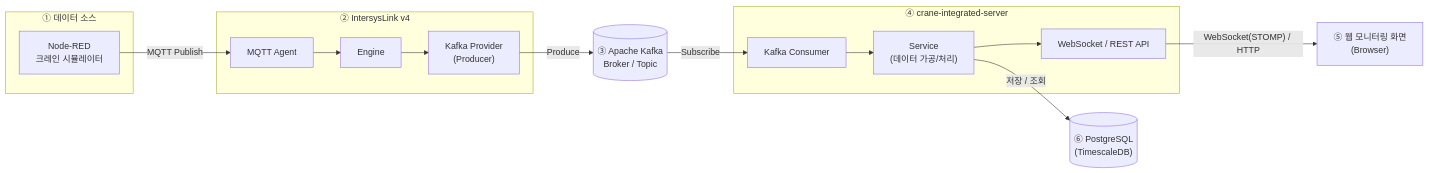
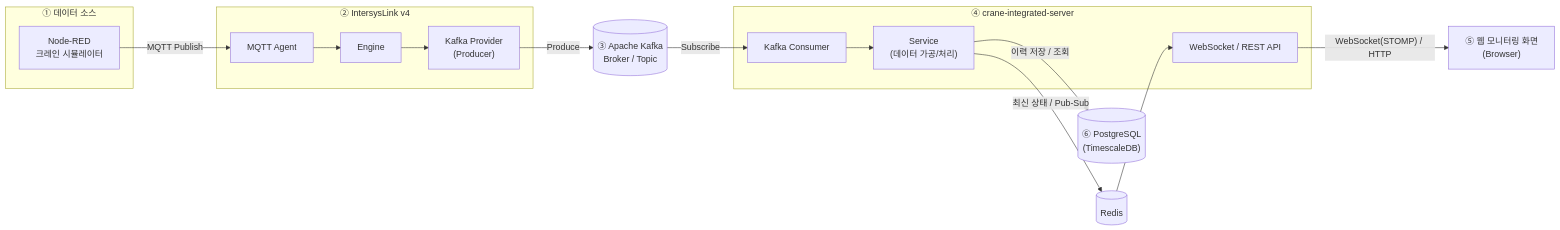
The diagram in README.md (2022024-JJM/crane-integrated-server), drawn with Mermaid before and after one commit. The commit also changed other lines of this file and 85 other files, not shown here.

````diff
--- a/README.md
+++ b/README.md
@@ -7,29 +7,31 @@
 ```mermaid
 flowchart LR
     subgraph SRC["① 데이터 소스"]
         NR["Node-RED<br/>크레인 시뮬레이터"]
     end
     subgraph ISL["② IntersysLink v4"]
         MA["MQTT Agent"]
         ENG["Engine"]
         KP["Kafka Provider<br/>(Producer)"]
     end
     KAFKA[("③ Apache Kafka<br/>Broker / Topic")]
     subgraph SRV["④ crane-integrated-server"]
         KC["Kafka Consumer"]
         SVC["Service<br/>(데이터 가공/처리)"]
         API["WebSocket / REST API"]
     end
     WEB["⑤ 웹 모니터링 화면<br/>(Browser)"]
     DB[("⑥ PostgreSQL<br/>(TimescaleDB)")]
+    REDIS[("Redis")]
 
     NR -- MQTT Publish --> MA
     MA --> ENG
     ENG --> KP
     KP -- Produce --> KAFKA
     KAFKA -- Subscribe --> KC
     KC --> SVC
-    SVC --> API
-    SVC -- 저장 / 조회 --> DB
+    SVC -- 최신 상태 / Pub-Sub --> REDIS
+    REDIS --> API
+    SVC -- 이력 저장 / 조회 --> DB
     API -- "WebSocket(STOMP) / HTTP" --> WEB
 ```
````
